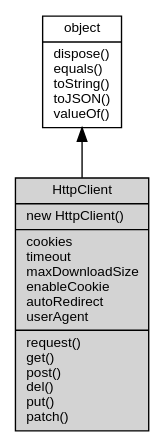
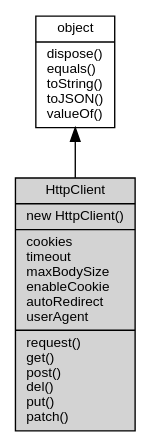
One commit to fibjs/fibjs.org changed the diagram in docs/manual/object/ifs/HttpClient.md. Above: the diagram before and after it, drawn with Graphviz. The commit also changed other lines of this file and 26 other files, not shown here.

````diff
--- a/docs/manual/object/ifs/HttpClient.md
+++ b/docs/manual/object/ifs/HttpClient.md
@@ -14,10 +14,10 @@
 ```dot
 digraph {
     node [fontname="Helvetica,sans-Serif", fontsize=10, shape="record", style="filled", fillcolor="white"];
 
     object [tooltip="object", URL="object.md", label="{object|dispose()\lequals()\ltoString()\ltoJSON()\lvalueOf()\l}"];
-    HttpClient [tooltip="HttpClient", fillcolor="lightgray", label="{HttpClient|new HttpClient()\l|cookies\ltimeout\lmaxDownloadSize\lenableCookie\lautoRedirect\luserAgent\l|request()\lget()\lpost()\ldel()\lput()\lpatch()\l}"];
+    HttpClient [tooltip="HttpClient", fillcolor="lightgray", label="{HttpClient|new HttpClient()\l|cookies\ltimeout\lmaxBodySize\lenableCookie\lautoRedirect\luserAgent\l|request()\lget()\lpost()\ldel()\lput()\lpatch()\l}"];
 
     object -> HttpClient [dir=back];
 }
 ```
````
